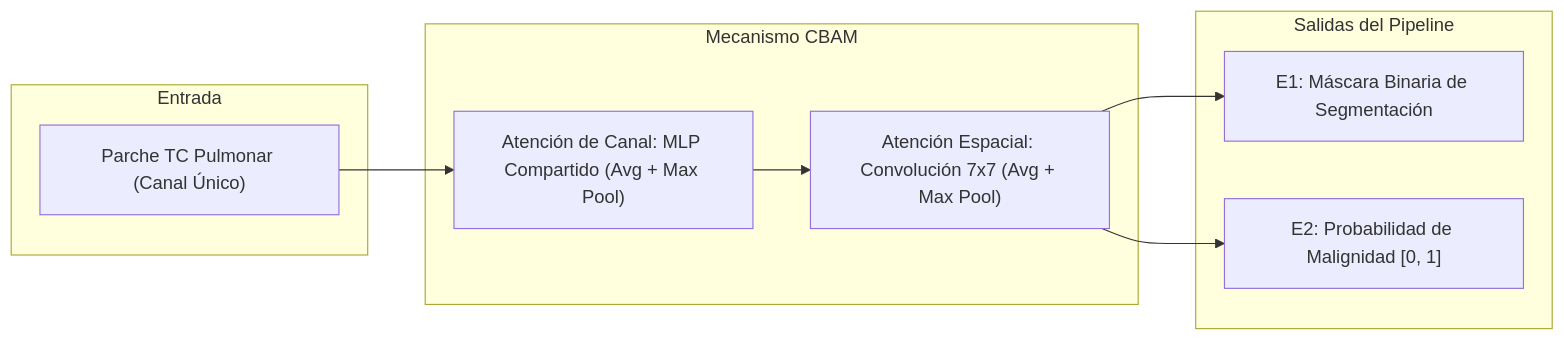
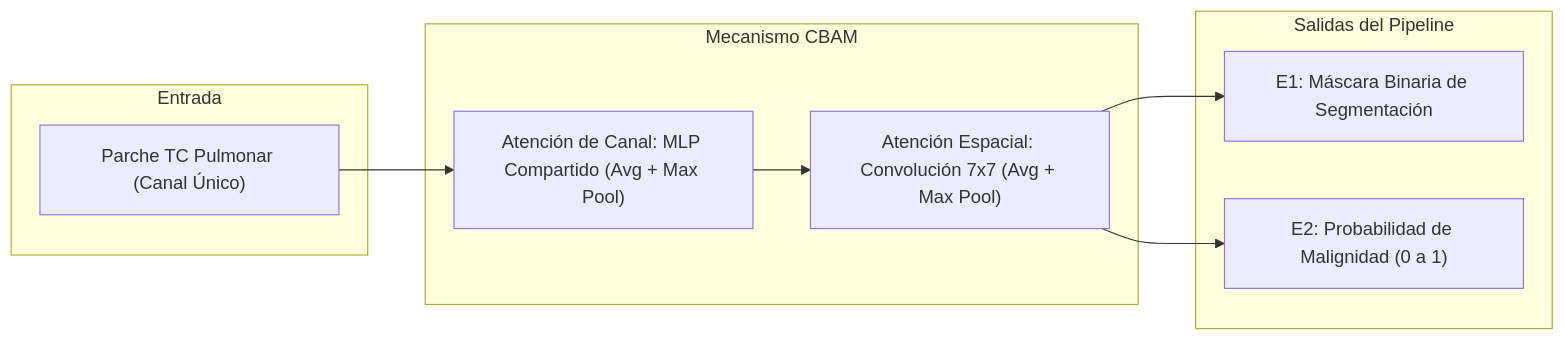
Before and after one commit to DevCoyoteJM/benchmarking-cnn-cbam: the first of 3 diagrams in README.md, drawn with Mermaid. The commit also changed other lines of this file, not shown here.

Commit message:
docs: fix Mermaid diagrams in README

````diff
--- a/README.md
+++ b/README.md
@@ -85,17 +85,18 @@
 ```mermaid
 flowchart LR
-    subgraph Entrada
+    subgraph sub_in ["Entrada"]
         TC["Parche TC Pulmonar (Canal Único)"]
     end
-    subgraph Mecanismo CBAM
+    subgraph sub_cbam ["Mecanismo CBAM"]
         MC["Atención de Canal: MLP Compartido (Avg + Max Pool)"]
         MS["Atención Espacial: Convolución 7x7 (Avg + Max Pool)"]
-        TC --> MC --> MS
     end
-    subgraph Salidas del Pipeline
+    subgraph sub_out ["Salidas del Pipeline"]
         E1_OUT["E1: Máscara Binaria de Segmentación"]
-        E2_OUT["E2: Probabilidad de Malignidad [0, 1]"]
-        MS --> E1_OUT
-        MS --> E2_OUT
+        E2_OUT["E2: Probabilidad de Malignidad (0 a 1)"]
     end
+    TC --> MC
+    MC --> MS
+    MS --> E1_OUT
+    MS --> E2_OUT
 ```
````
